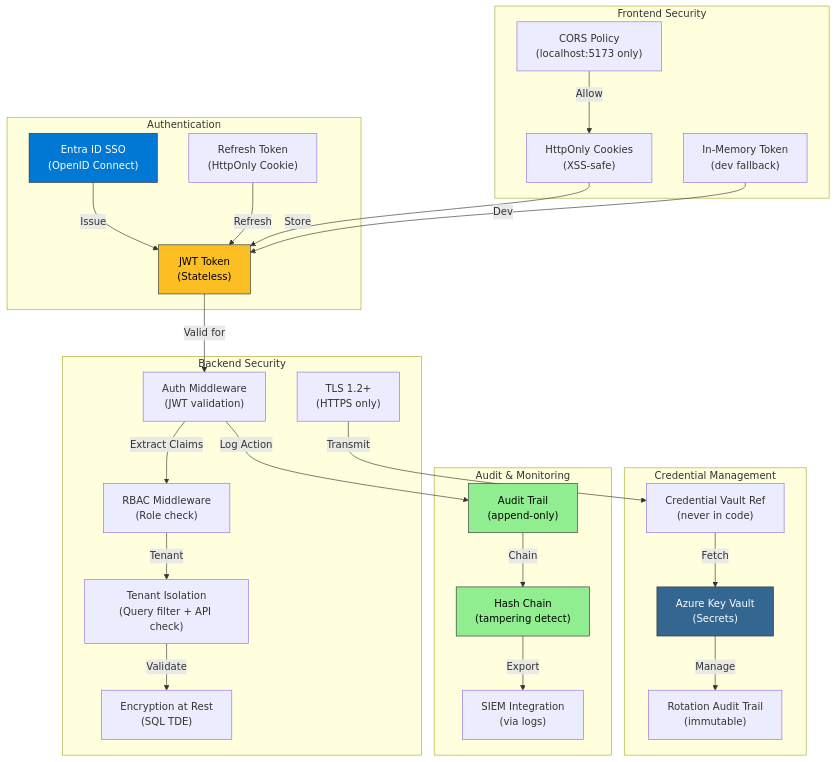
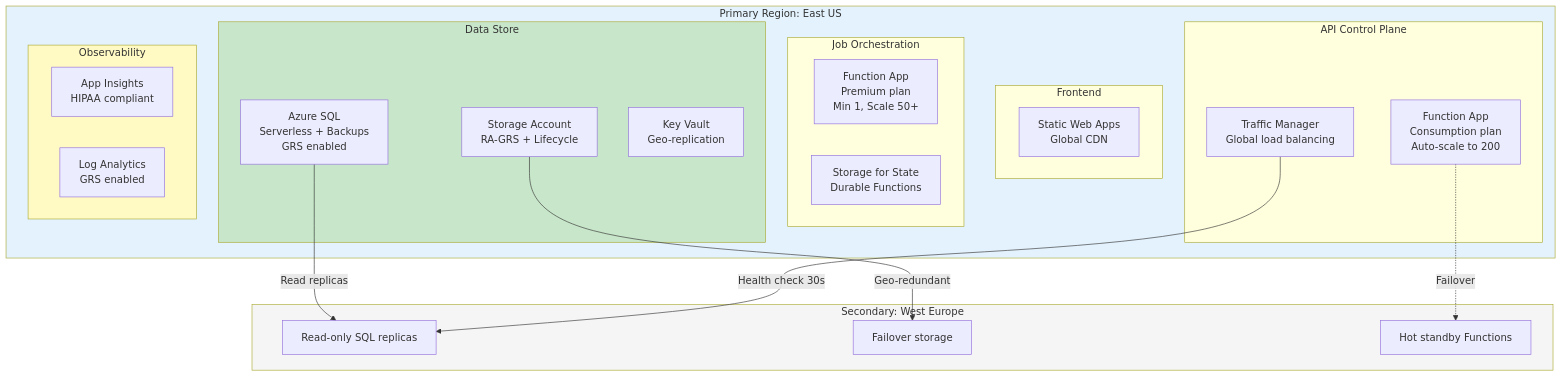
Before and after one commit to Frederik91/Linksy: diagram 13 of 13 in specs/001-aec-file-sync/architecture.md, drawn with Mermaid. The commit also changed other lines of this file, not shown here.

````diff
--- a/specs/001-aec-file-sync/architecture.md
+++ b/specs/001-aec-file-sync/architecture.md
@@ -677,60 +1025,45 @@
 ```mermaid
 graph TB
-    subgraph "Authentication"
-        EntID["Entra ID SSO<br/>(OpenID Connect)"]
-        JWT["JWT Token<br/>(Stateless)"]
-        RefreshToken["Refresh Token<br/>(HttpOnly Cookie)"]
+    subgraph Primary["Primary Region: East US"]
+        subgraph Frontend["Frontend"]
+            F1["Static Web Apps<br/>Global CDN"]
+        end
+        
+        subgraph API["API Control Plane"]
+            A1["Function App<br/>Consumption plan<br/>Auto-scale to 200"]
+            A2["Traffic Manager<br/>Global load balancing"]
+        end
+        
+        subgraph Orch["Job Orchestration"]
+            O1["Function App<br/>Premium plan<br/>Min 1, Scale 50+"]
+            O2["Storage for State<br/>Durable Functions"]
+        end
+        
+        subgraph Data["Data Store"]
+            D1["Azure SQL<br/>Serverless + Backups<br/>GRS enabled"]
+            D2["Storage Account<br/>RA-GRS + Lifecycle"]
+            D3["Key Vault<br/>Geo-replication"]
+        end
+        
+        subgraph Obs["Observability"]
+            O3["App Insights<br/>HIPAA compliant"]
+            O4["Log Analytics<br/>GRS enabled"]
+        end
     end
-
-    subgraph "Frontend Security"
-        CORS["CORS Policy<br/>(localhost:5173 only)"]
-        HTTPOnly["HttpOnly Cookies<br/>(XSS-safe)"]
-        MemToken["In-Memory Token<br/>(dev fallback)"]
+    
+    subgraph Secondary["Secondary: West Europe"]
+        R1["Read-only SQL replicas"]
+        R2["Failover storage"]
+        R3["Hot standby Functions"]
     end
-
-    subgraph "Backend Security"
-        AuthMW["Auth Middleware<br/>(JWT validation)"]
-        RbacMW["RBAC Middleware<br/>(Role check)"]
-        TenantIsolation["Tenant Isolation<br/>(Query filter + API check)"]
-        EncryptionAtRest["Encryption at Rest<br/>(SQL TDE)"]
-        EncryptionInTransit["TLS 1.2+<br/>(HTTPS only)"]
-    end
-
-    subgraph "Credential Management"
-        VaultRef["Credential Vault Ref<br/>(never in code)"]
-        KeyVault["Azure Key Vault<br/>(Secrets)"]
-        RotationAudit["Rotation Audit Trail<br/>(immutable)"]
-    end
-
-    subgraph "Audit & Monitoring"
-        AuditLog["Audit Trail<br/>(append-only)"]
-        HashChain["Hash Chain<br/>(tampering detect)"]
-        SIEM["SIEM Integration<br/>(via logs)"]
-    end
-
-    EntID -->|Issue| JWT
-    JWT -->|Valid for| AuthMW
-    RefreshToken -->|Refresh| JWT
-
-    CORS -->|Allow| HTTPOnly
-    HTTPOnly -->|Store| JWT
-    MemToken -->|Dev| JWT
-
-    AuthMW -->|Extract Claims| RbacMW
-    RbacMW -->|Tenant| TenantIsolation
-    TenantIsolation -->|Validate| EncryptionAtRest
-
-    EncryptionInTransit -->|Transmit| VaultRef
-    VaultRef -->|Fetch| KeyVault
-    KeyVault -->|Manage| RotationAudit
-
-    AuthMW -->|Log Action| AuditLog
-    AuditLog -->|Chain| HashChain
-    HashChain -->|Export| SIEM
-
-    style EntID fill:#0078d4,stroke:#333,color:#fff
-    style JWT fill:#fbbf24,stroke:#333,color:#000
-    style KeyVault fill:#336791,stroke:#333,color:#fff
-    style AuditLog fill:#90ee90,stroke:#333,color:#000
-    style HashChain fill:#90ee90,stroke:#333,color:#000
+    
+    D1 -->|Read replicas| R1
+    D2 -->|Geo-redundant| R2
+    A1 -.->|Failover| R3
+    A2 -->|Health check 30s| R1
+    
+    style Primary fill:#e3f2fd
+    style Secondary fill:#f5f5f5
+    style Data fill:#c8e6c9
+    style Obs fill:#fff9c4
 ```
````
